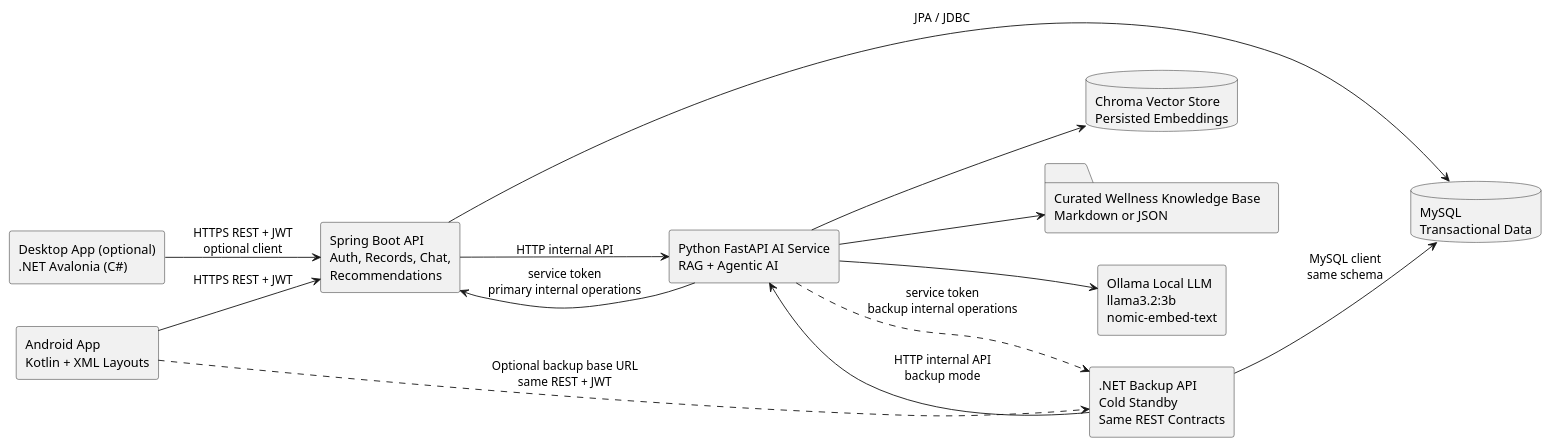
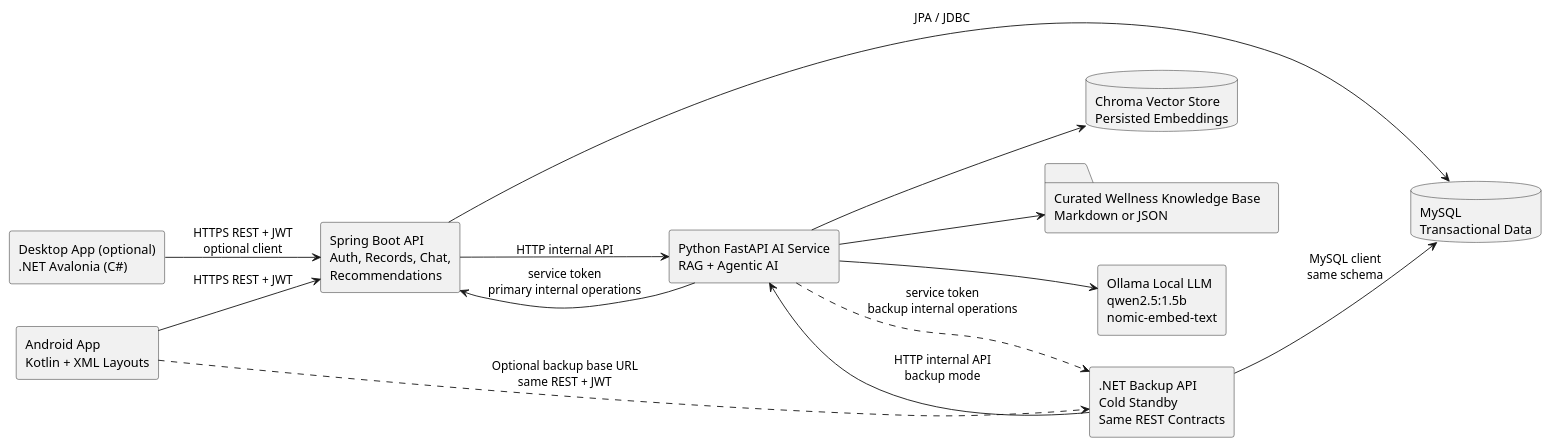
Before and after one commit to SA62-team4/mobile-application-dev-ca: the first of 7 diagrams in docs/specs/04-plan-system-architecture.md, drawn with PlantUML. The commit also changed 19 other files, not shown here.

````diff
--- a/docs/specs/04-plan-system-architecture.md
+++ b/docs/specs/04-plan-system-architecture.md
@@ -17,28 +17,28 @@
 ```plantuml
 @startuml
 left to right direction
 
 rectangle "Android App\nKotlin + XML Layouts" as Android
 rectangle "Desktop App (optional)\n.NET Avalonia (C#)" as Desktop
 rectangle "Spring Boot API\nAuth, Records, Chat,\nRecommendations" as Backend
 rectangle ".NET Backup API\nCold Standby\nSame REST Contracts" as DotNet
 database "MySQL\nTransactional Data" as MySQL
 rectangle "Python FastAPI AI Service\nRAG + Agentic AI" as AI
 database "Chroma Vector Store\nPersisted Embeddings" as Chroma
 folder "Curated Wellness Knowledge Base\nMarkdown or JSON" as KB
-rectangle "Ollama Local LLM\nllama3.2:3b\nnomic-embed-text" as Ollama
+rectangle "Ollama Local LLM\nqwen2.5:1.5b\nnomic-embed-text" as Ollama
 
 Android --> Backend : HTTPS REST + JWT
 Desktop --> Backend : HTTPS REST + JWT\noptional client
 Android ..> DotNet : Optional backup base URL\nsame REST + JWT
 Backend --> MySQL : JPA / JDBC
 DotNet --> MySQL : MySQL client\nsame schema
 Backend --> AI : HTTP internal API
 DotNet --> AI : HTTP internal API\nbackup mode
 AI --> Chroma
 AI --> KB
 AI --> Ollama
 AI --> Backend : service token\nprimary internal operations
 AI ..> DotNet : service token\nbackup internal operations
 @enduml
 ```
````
